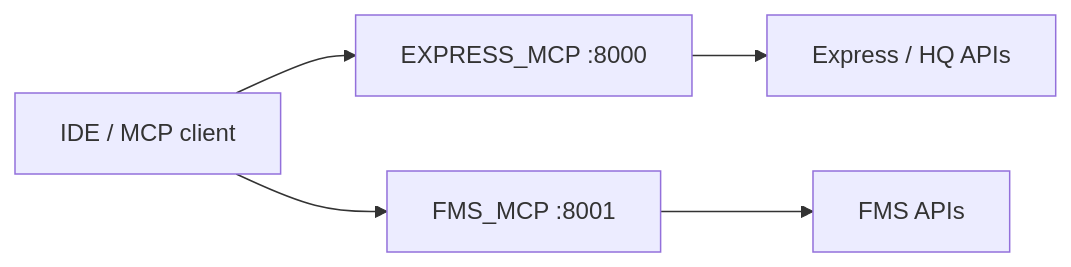
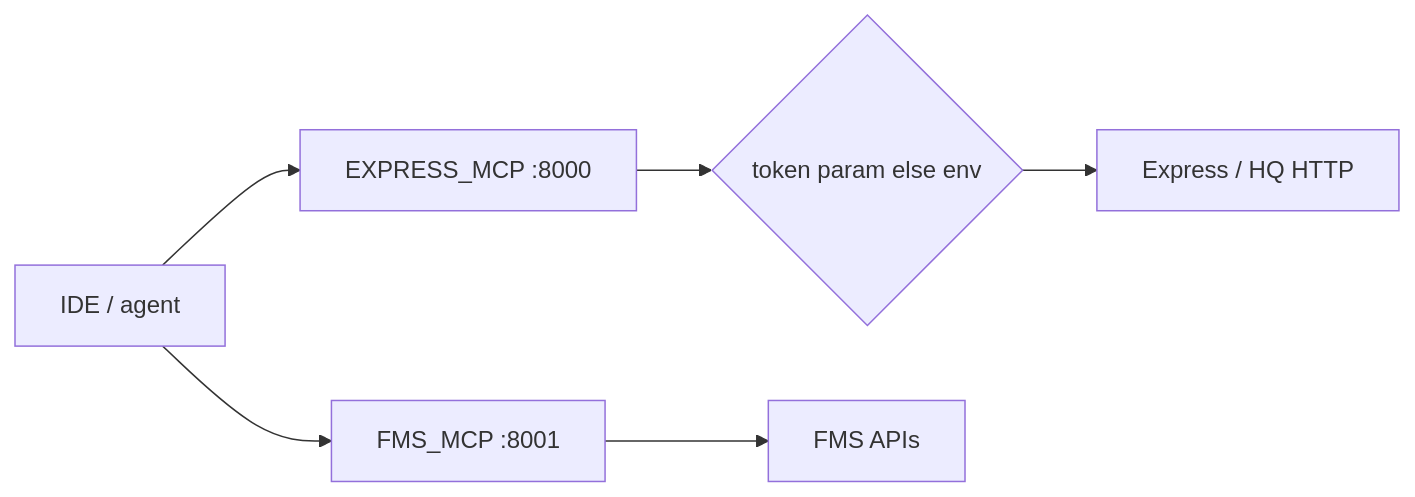
One commit to zekkrron/cs-knowledge-base changed the first of 2 diagrams in Resume/Delhivery/01 - MCP Servers.md. Above: the diagram before and after it, drawn with Mermaid. The commit also changed other lines of this file and 25 other files, not shown here.

````diff
--- a/Resume/Delhivery/01 - MCP Servers.md
+++ b/Resume/Delhivery/01 - MCP Servers.md
@@ -46,7 +116,8 @@
 ```mermaid
 flowchart LR
-    IDE[IDE / MCP client] --> S[EXPRESS_MCP :8000]
-    S --> HQ[Express / HQ APIs]
-    IDE --> F[FMS_MCP :8001]
-    F --> Fleet[FMS APIs]
+  IDE[IDE / agent] --> S[EXPRESS_MCP :8000]
+  S --> Auth{token param else env}
+  Auth --> HQ[Express / HQ HTTP]
+  IDE --> F[FMS_MCP :8001]
+  F --> Fleet[FMS APIs]
 ```
````
